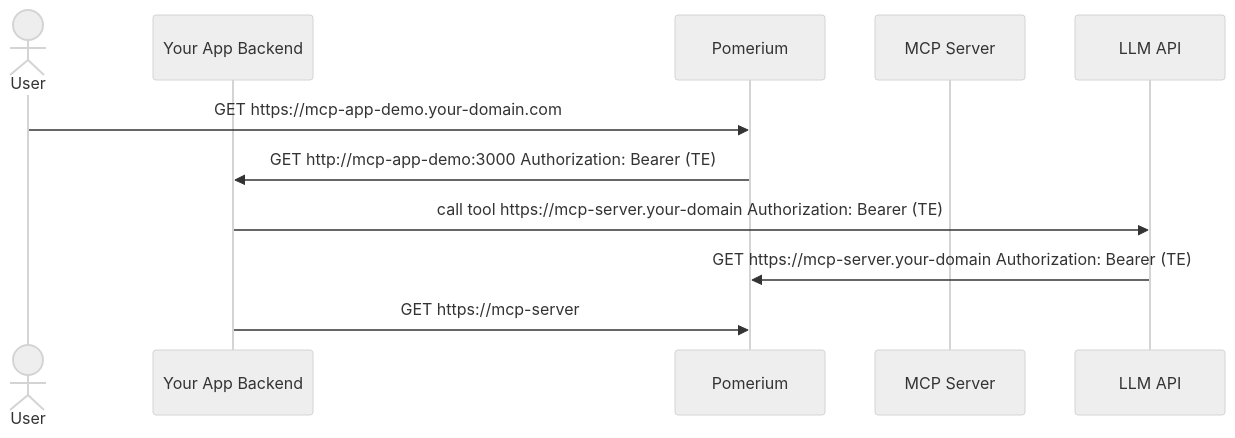
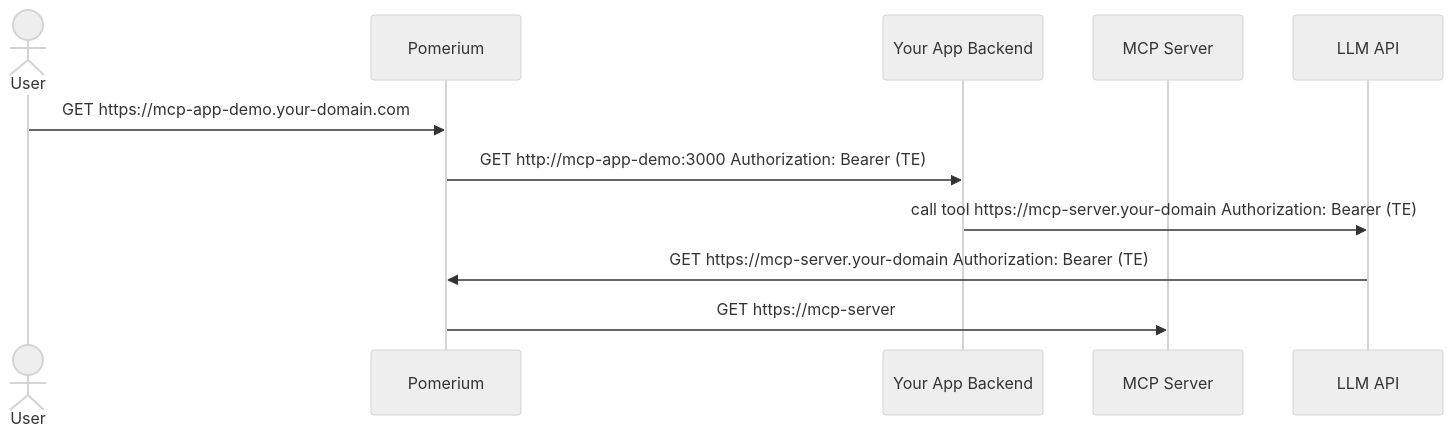
One commit to pomerium/mcp-app-demo changed the third of 3 diagrams in README.md. Above: the diagram before and after it, drawn with Mermaid (neutral theme). The commit also changed other lines of this file, not shown here.

Commit message:
readme: fix some diagrams

````diff
--- a/README.md
+++ b/README.md
@@ -164,13 +164,13 @@
 ```mermaid
 sequenceDiagram
   actor U as User
+  participant P as Pomerium
   participant C as Your App Backend
-  participant P as Pomerium
   participant S as MCP Server
   participant I as LLM API
   U ->> P: GET https://mcp-app-demo.your-domain.com
   P ->> C: GET http://mcp-app-demo:3000 Authorization: Bearer (TE)
   C ->> I: call tool https://mcp-server.your-domain Authorization: Bearer (TE)
   I ->> P: GET https://mcp-server.your-domain Authorization: Bearer (TE)
-  C ->> P: GET https://mcp-server
+  P ->> S: GET https://mcp-server
 ```
````
